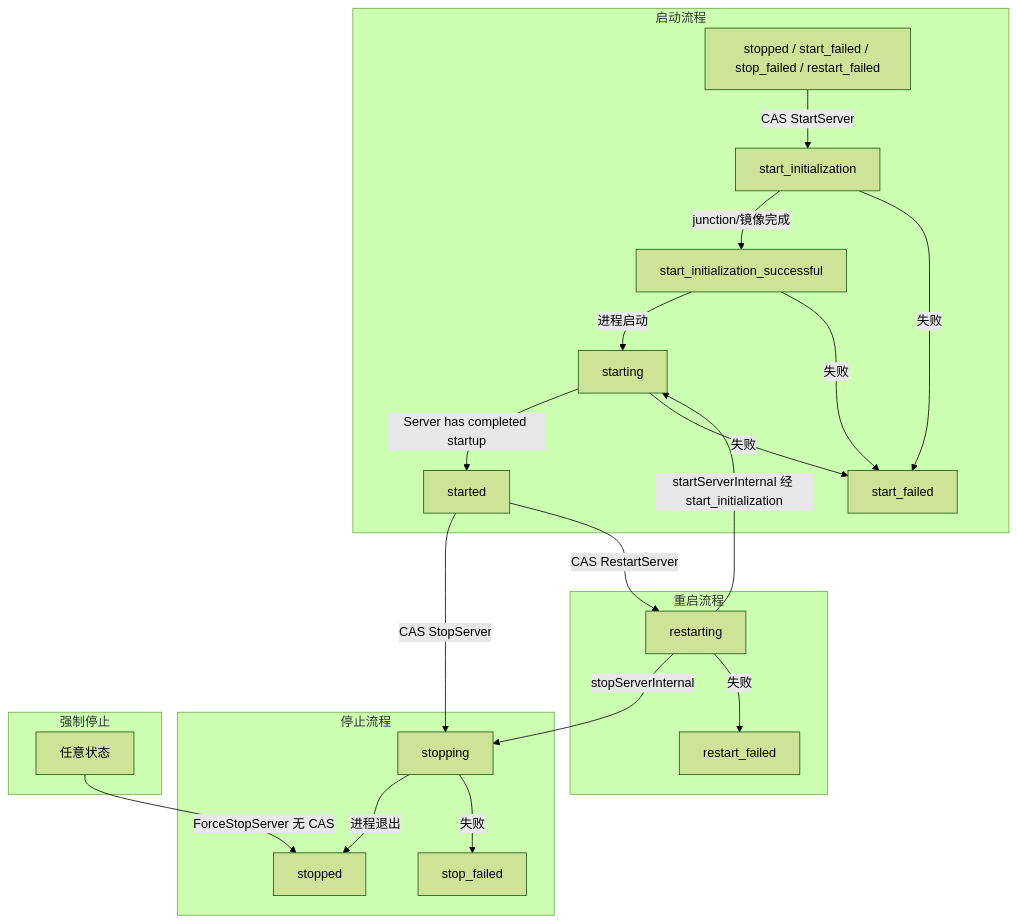
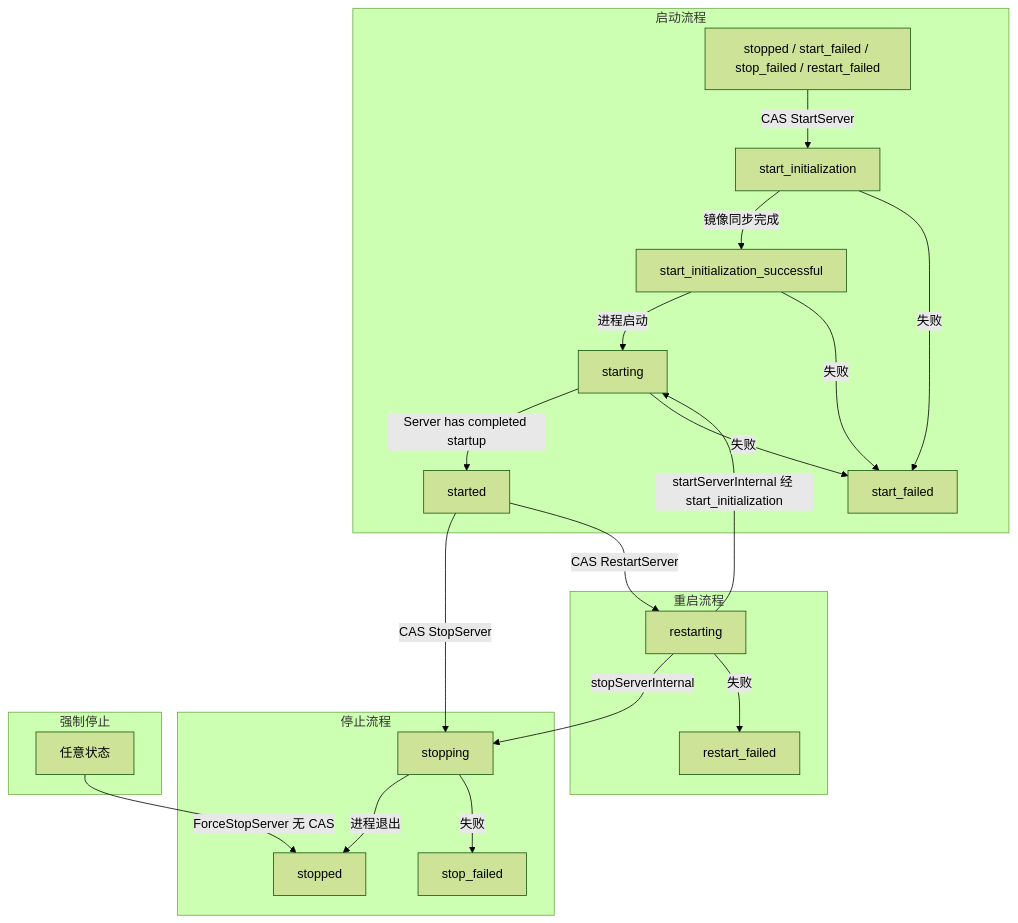
The diagram in docs/STATE_CONTROL.md (Niexiawei/asa-server-manager), drawn with Mermaid (forest theme) before and after one commit. The commit also changed other lines of this file and 24 other files, not shown here.

````diff
--- a/docs/STATE_CONTROL.md
+++ b/docs/STATE_CONTROL.md
@@ -23,29 +23,29 @@
 ```mermaid
 graph TB
     subgraph 启动流程
         A[stopped / start_failed / stop_failed / restart_failed] -->|CAS StartServer| B[start_initialization]
-        B -->|junction/镜像完成| C[start_initialization_successful]
+        B -->|镜像同步完成| C[start_initialization_successful]
         C -->|进程启动| D[starting]
         D -->|Server has completed startup| E[started]
         B -->|失败| F[start_failed]
         C -->|失败| F
         D -->|失败| F
     end
 
     subgraph 停止流程
         E -->|CAS StopServer| G[stopping]
         G -->|进程退出| H[stopped]
         G -->|失败| I[stop_failed]
     end
 
     subgraph 重启流程
         E -->|CAS RestartServer| J[restarting]
         J -->|stopServerInternal| G
         J -->|startServerInternal 经 start_initialization| D
         J -->|失败| K[restart_failed]
     end
 
     subgraph 强制停止
         ANY[任意状态] -->|ForceStopServer 无 CAS| H
     end
 ```
````
